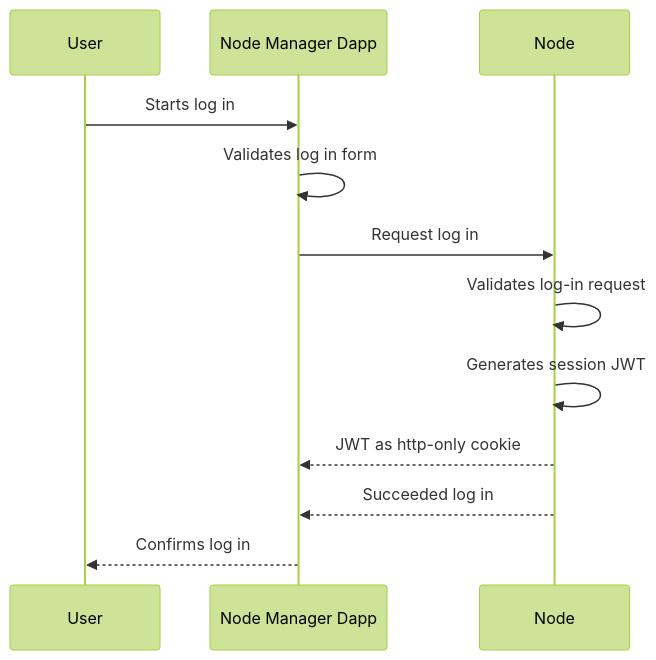
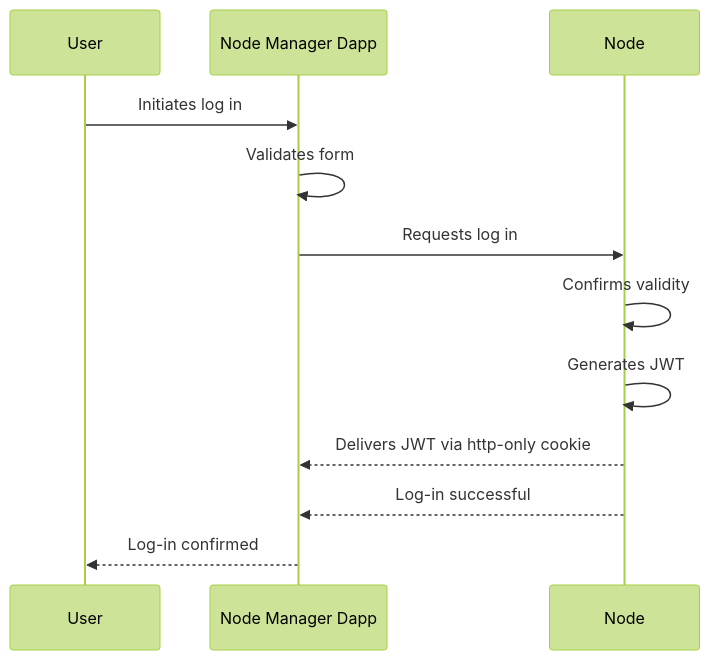
The sixth of 14 diagrams in docs/architecture.md (windingtree/mvp), drawn with Mermaid (forest theme) before and after one commit. The commit also changed other lines of this file and 1 other file, not shown here.

Commit message:
docs: ✏️ Added the MVP architecture document

````diff
--- a/docs/architecture.md
+++ b/docs/architecture.md
@@ -219,15 +210,15 @@
 ```mermaid
 sequenceDiagram
   participant user as User
   participant manager as Node Manager Dapp
   participant node as Node
 
-  user->>manager: Starts log in
-  manager->>manager: Validates log in form
-  manager->>node: Request log in
-  node->>node: Validates log-in request
-  node->>node: Generates session JWT
-  node-->>manager: JWT as http-only cookie
-  node-->>manager: Succeeded log in
-  manager-->>user: Confirms log in
+  user->>manager: Initiates log in
+  manager->>manager: Validates form
+  manager->>node: Requests log in
+  node->>node: Confirms validity
+  node->>node: Generates JWT
+  node-->>manager: Delivers JWT via http-only cookie
+  node-->>manager: Log-in successful
+  manager-->>user: Log-in confirmed
 ```
````
